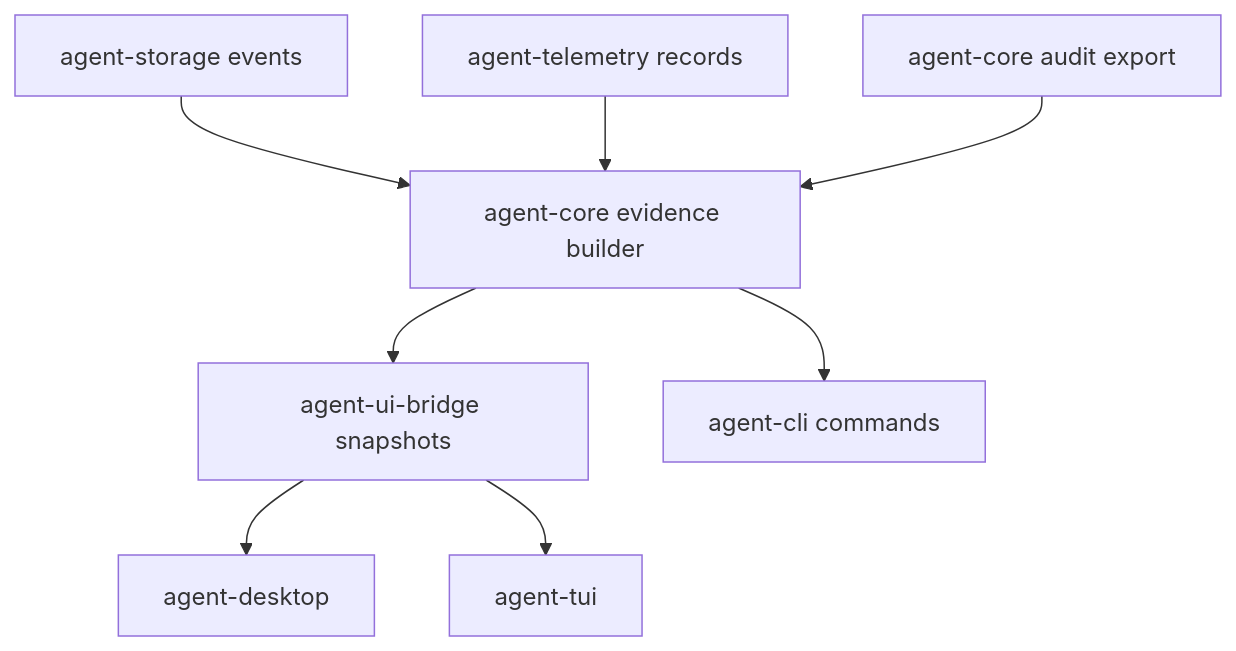
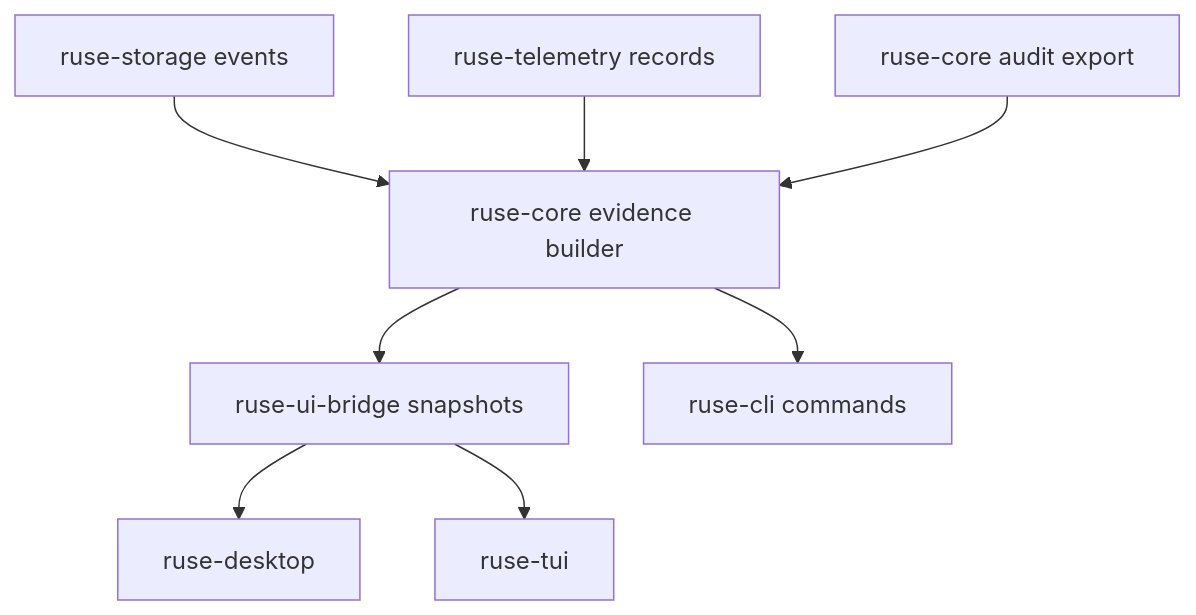
One commit to poneding/agent changed the diagram in docs/specs/M26-runtime-observability-evidence.spec.md. Above: the diagram before and after it, drawn with Mermaid. The commit also changed other lines of this file and 2091 other files, not shown here.

First line of the commit message:
refactor: rename agent branding to ruse

````diff
--- a/docs/specs/M26-runtime-observability-evidence.spec.md
+++ b/docs/specs/M26-runtime-observability-evidence.spec.md
@@ -31,10 +31,10 @@
 ```mermaid
 flowchart TD
-  Store["agent-storage events"] --> Core["agent-core evidence builder"]
-  Telemetry["agent-telemetry records"] --> Core
-  Audit["agent-core audit export"] --> Core
-  Core --> Bridge["agent-ui-bridge snapshots"]
-  Core --> CLI["agent-cli commands"]
-  Bridge --> Desktop["agent-desktop"]
-  Bridge --> TUI["agent-tui"]
+  Store["ruse-storage events"] --> Core["ruse-core evidence builder"]
+  Telemetry["ruse-telemetry records"] --> Core
+  Audit["ruse-core audit export"] --> Core
+  Core --> Bridge["ruse-ui-bridge snapshots"]
+  Core --> CLI["ruse-cli commands"]
+  Bridge --> Desktop["ruse-desktop"]
+  Bridge --> TUI["ruse-tui"]
 ```
````
